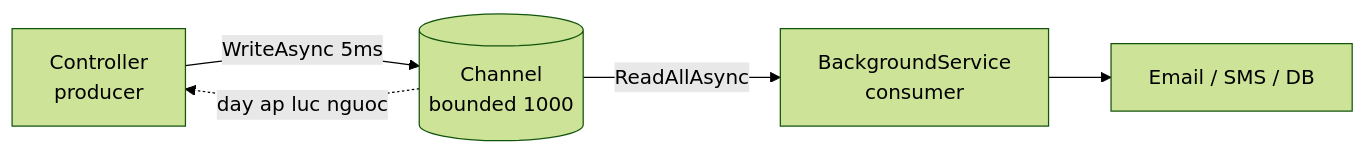
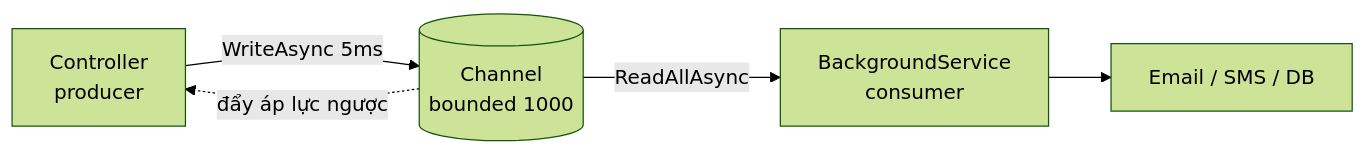
Before and after one commit to TienNHM/dotnet-course: the diagram in lessons/stage-02-csharp-professional/module-06-async-programming/6.8-channels-and-producer-consumer.md, drawn with Mermaid (forest theme). The commit also changed other lines of this file and 12 other files, not shown here.

````diff
--- a/lessons/stage-02-csharp-professional/module-06-async-programming/6.8-channels-and-producer-consumer.md
+++ b/lessons/stage-02-csharp-professional/module-06-async-programming/6.8-channels-and-producer-consumer.md
@@ -23,7 +25,7 @@
 ```mermaid
 flowchart LR
     A[Controller<br/>producer] -->|WriteAsync 5ms| C[(Channel<br/>bounded 1000)]
     C -->|ReadAllAsync| B[BackgroundService<br/>consumer]
     B --> D[Email / SMS / DB]
-    C -.day ap luc nguoc.-> A
+    C -.đẩy áp lực ngược.-> A
 ```
````
